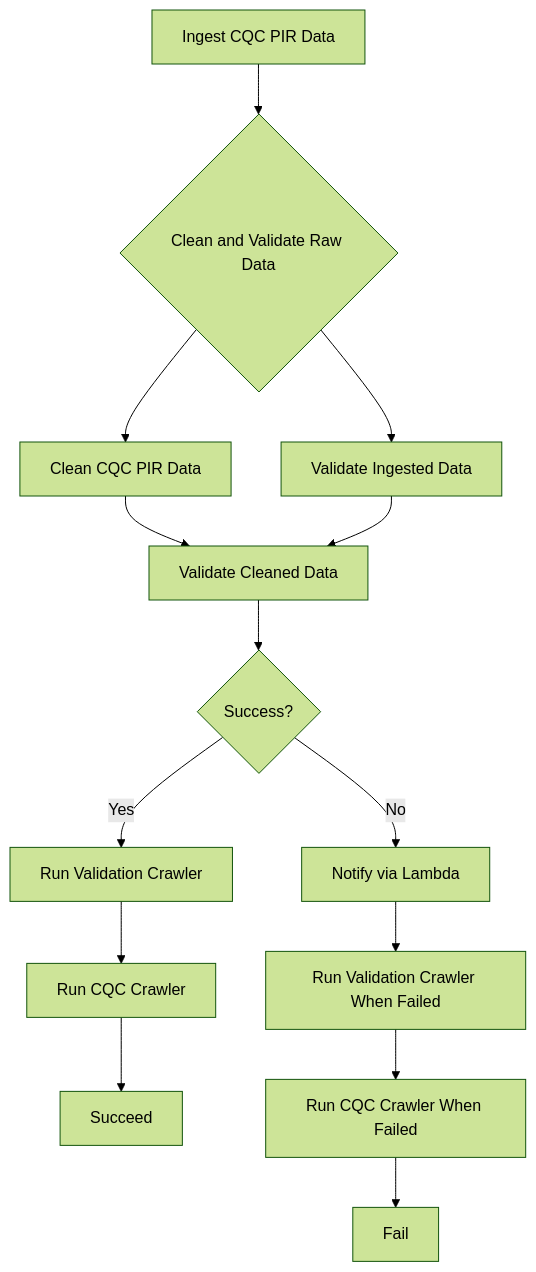
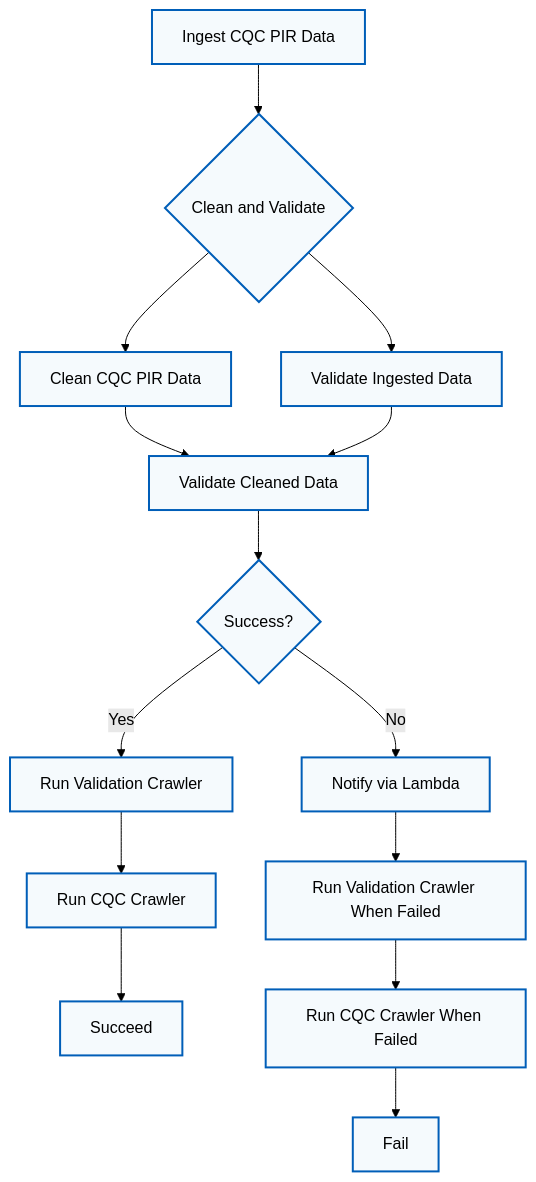
The diagram in docs/source/_01_data_ingestion_pipelines/ingest_cqc_pir.md (NMDSdevopsServiceAdm/DataEngineering), drawn with Mermaid (forest theme) before and after one commit. The commit also changed 3 other files, not shown here.

Commit message:
format mermaid charts

````diff
--- a/docs/source/_01_data_ingestion_pipelines/ingest_cqc_pir.md
+++ b/docs/source/_01_data_ingestion_pipelines/ingest_cqc_pir.md
@@ -65,16 +65,18 @@
 ```{mermaid}
 graph TD
-    A[Ingest CQC PIR Data] --> B{Clean and Validate Raw Data}
-    B --> C[Clean CQC PIR Data]
-    B --> D[Validate Ingested Data]
-    C --> E[Validate Cleaned Data]
+    A[Ingest CQC PIR Data]:::format --> B{Clean and Validate}:::format
+    B --> C[Clean CQC PIR Data]:::format
+    B --> D[Validate Ingested Data]:::format
+    C --> E[Validate Cleaned Data]:::format
     D --> E
-    E --> F{Success?}
-    F -->|Yes| G[Run Validation Crawler]
-    G --> H[Run CQC Crawler]
-    H --> I[Succeed]
-    F -->|No| J[Notify via Lambda]
-    J --> K[Run Validation Crawler When Failed]
-    K --> L[Run CQC Crawler When Failed]
-    L --> M[Fail]
+    E --> F{Success?}:::format
+    F -->|Yes| G[Run Validation Crawler]:::format
+    G --> H[Run CQC Crawler]:::format
+    H --> I[Succeed]:::format
+    F -->|No| J[Notify via Lambda]:::format
+    J --> K[Run Validation Crawler When Failed]:::format
+    K --> L[Run CQC Crawler When Failed]:::format
+    L --> M[Fail]:::format
+
+    classDef format fill:#F5FAFD,stroke:#005EB8,stroke-width:2px;
 ```
````
